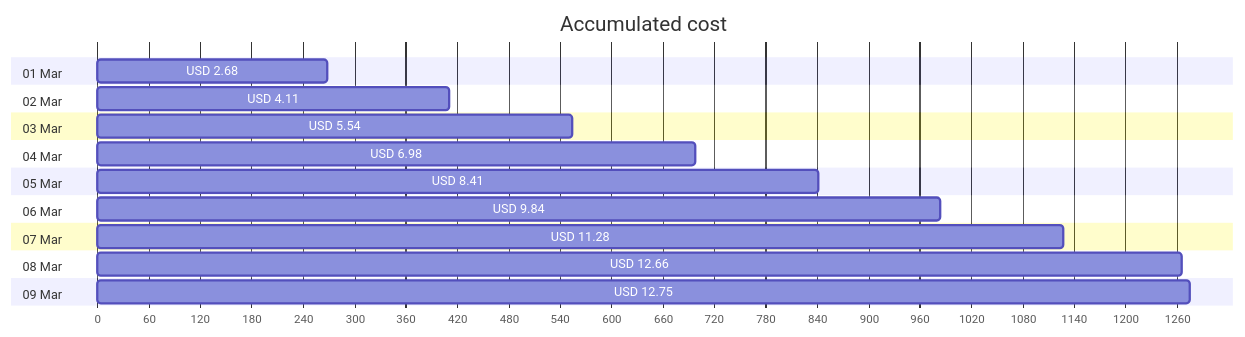
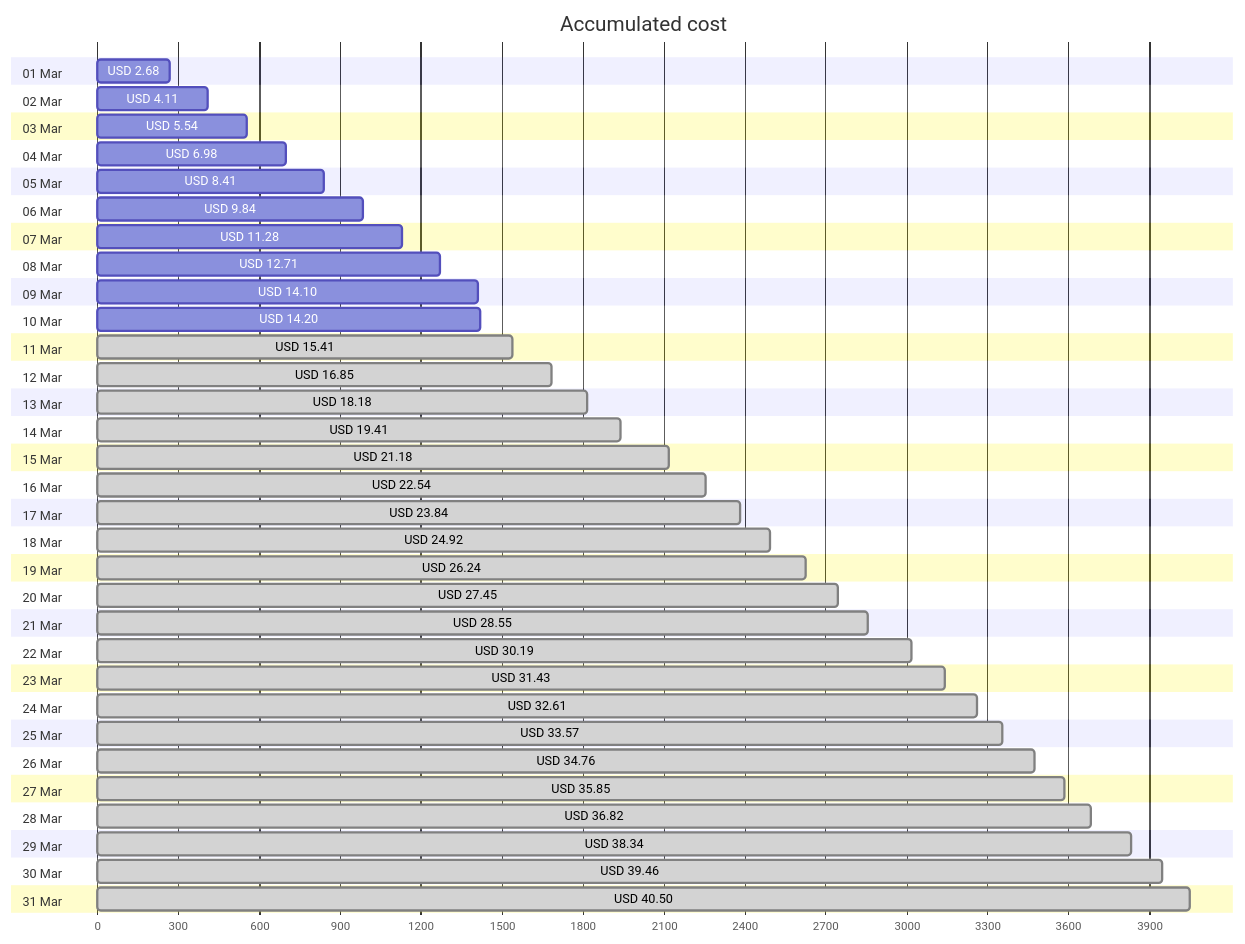
One commit to jpfulton/azure-personal-reports changed the first of 4 diagrams in cost-reports/personal-network/README.md. Above: the diagram before and after it, drawn with Mermaid. The commit also changed other lines of this file and 8 other files, not shown here.

````diff
--- a/cost-reports/personal-network/README.md
+++ b/cost-reports/personal-network/README.md
@@ -20,24 +20,68 @@
 ```mermaid
 gantt
    title Accumulated cost
    dateFormat  X
    axisFormat %s
    section 01 Mar
    USD 2.68 :0, 268
    section 02 Mar
    USD 4.11 :0, 411
    section 03 Mar
    USD 5.54 :0, 554
    section 04 Mar
    USD 6.98 :0, 698
    section 05 Mar
    USD 8.41 :0, 841
    section 06 Mar
    USD 9.84 :0, 984
    section 07 Mar
    USD 11.28 :0, 1128
    section 08 Mar
-   USD 12.66 :0, 1266
+   USD 12.71 :0, 1271
    section 09 Mar
-   USD 12.75 :0, 1275
+   USD 14.10 :0, 1410
+   section 10 Mar
+   USD 14.20 :0, 1420
+   section 11 Mar
+   USD 15.41 : done, 0, 1541
+   section 12 Mar
+   USD 16.85 : done, 0, 1685
+   section 13 Mar
+   USD 18.18 : done, 0, 1818
+   section 14 Mar
+   USD 19.41 : done, 0, 1941
+   section 15 Mar
+   USD 21.18 : done, 0, 2118
+   section 16 Mar
+   USD 22.54 : done, 0, 2254
+   section 17 Mar
+   USD 23.84 : done, 0, 2384
+   section 18 Mar
+   USD 24.92 : done, 0, 2492
+   section 19 Mar
+   USD 26.24 : done, 0, 2624
+   section 20 Mar
+   USD 27.45 : done, 0, 2745
+   section 21 Mar
+   USD 28.55 : done, 0, 2855
+   section 22 Mar
+   USD 30.19 : done, 0, 3019
+   section 23 Mar
+   USD 31.43 : done, 0, 3143
+   section 24 Mar
+   USD 32.61 : done, 0, 3261
+   section 25 Mar
+   USD 33.57 : done, 0, 3357
+   section 26 Mar
+   USD 34.76 : done, 0, 3476
+   section 27 Mar
+   USD 35.85 : done, 0, 3585
+   section 28 Mar
+   USD 36.82 : done, 0, 3682
+   section 29 Mar
+   USD 38.34 : done, 0, 3834
+   section 30 Mar
+   USD 39.46 : done, 0, 3946
+   section 31 Mar
+   USD 40.50 : done, 0, 4050
 ```
````
